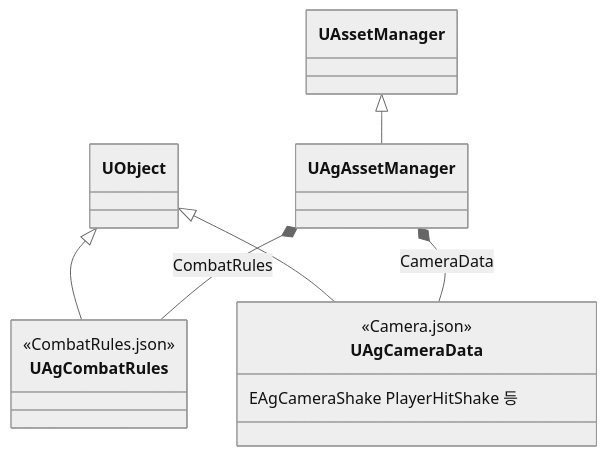
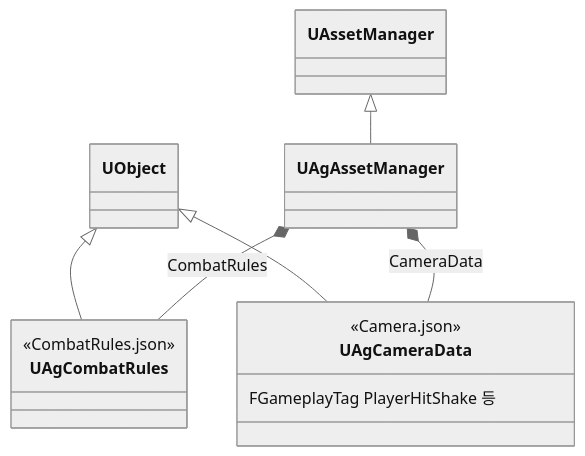
The second of 2 diagrams in Docs/Program/JSON과 DataAsset.md (Woogl/Ag), drawn with Mermaid (neutral theme) before and after one commit. The commit also changed 27 other files, not shown here.

````diff
--- a/Docs/Program/JSON과 DataAsset.md
+++ b/Docs/Program/JSON과 DataAsset.md
@@ -89,16 +89,16 @@
 ```mermaid
 classDiagram
     direction TB
     class UAgCombatRules {
         <<CombatRules.json>>
     }
     class UAgCameraData {
         <<Camera.json>>
-        EAgCameraShake PlayerHitShake 등
+        FGameplayTag PlayerHitShake 등
     }
     UAssetManager <|-- UAgAssetManager
     UObject <|-- UAgCombatRules
     UObject <|-- UAgCameraData
     UAgAssetManager *-- UAgCombatRules : CombatRules
     UAgAssetManager *-- UAgCameraData : CameraData
 ```
````
